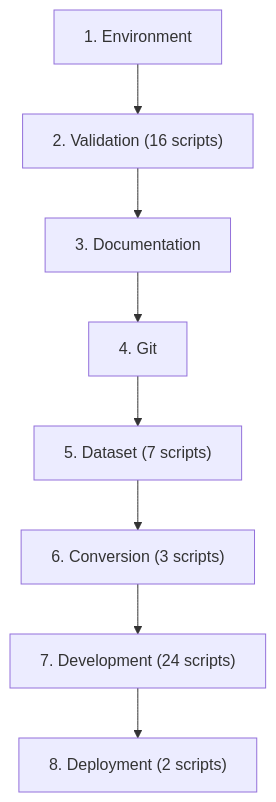
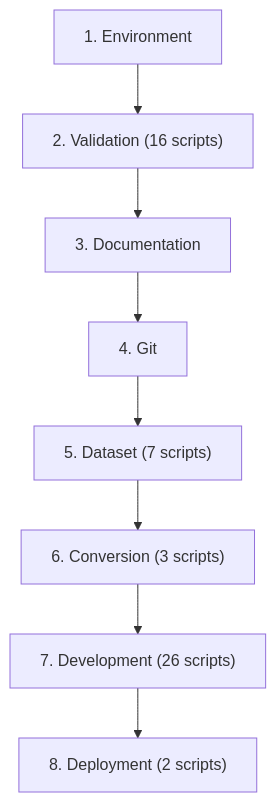
One commit to chanuka8/argus-gait-recognition changed the second of 3 diagrams in scripts/README.md. Above: the diagram before and after it, drawn with Mermaid. The commit also changed other lines of this file and 11 other files, not shown here.

````diff
--- a/scripts/README.md
+++ b/scripts/README.md
@@ -831,18 +839,18 @@
 ```mermaid
 flowchart TD
     step1["1. Environment"]
     step2["2. Validation (16 scripts)"]
     step1 --> step2
     step3["3. Documentation"]
     step2 --> step3
     step4["4. Git"]
     step3 --> step4
     step5["5. Dataset (7 scripts)"]
     step4 --> step5
     step6["6. Conversion (3 scripts)"]
     step5 --> step6
-    step7["7. Development (24 scripts)"]
+    step7["7. Development (26 scripts)"]
     step6 --> step7
     step8["8. Deployment (2 scripts)"]
     step7 --> step8
 ```
````
